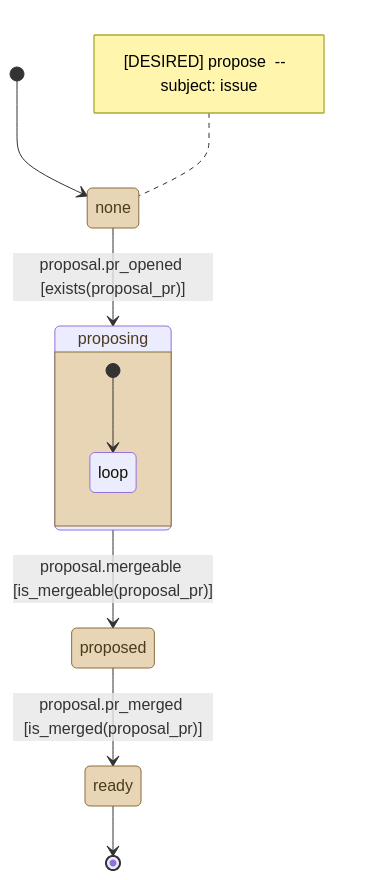
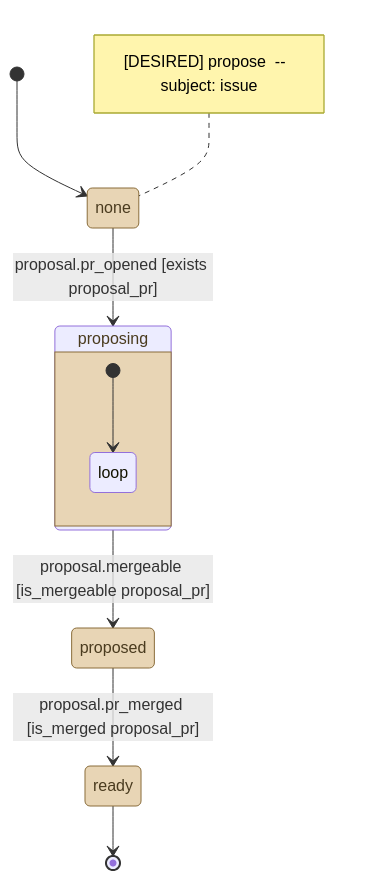
One commit to kostiantyn-matsebora/agent-ops-operator changed the diagram in .github/conveyor-model/mermaid/desired/propose.mmd. Above: the diagram before and after it, drawn with Mermaid. The commit also changed 2 other files, not shown here.

```diff
--- a/.github/conveyor-model/mermaid/desired/propose.mmd
+++ b/.github/conveyor-model/mermaid/desired/propose.mmd
@@ -1,20 +1,20 @@
 stateDiagram-v2
     [*] --> none
     note left of none
         [DESIRED] propose  --  subject: issue
     end note
     classDef stationState fill:#e8d5b5,stroke:#8a6d3b,color:#4a3b1f
     classDef loopState fill:#c9e4de,stroke:#2f6b5e,color:#1a3b33
     state none
     state proposing
     state proposed
     state ready
-    none --> proposing : proposal.pr_opened [exists(proposal_pr)]
-    proposing --> proposed : proposal.mergeable [is_mergeable(proposal_pr)]
-    proposed --> ready : proposal.pr_merged [is_merged(proposal_pr)]
+    none --> proposing : proposal.pr_opened [exists proposal_pr]
+    proposing --> proposed : proposal.mergeable [is_mergeable proposal_pr]
+    proposed --> ready : proposal.pr_merged [is_merged proposal_pr]
     ready --> [*]
     class none, proposing, proposed, ready stationState
     state proposing {
         [*] --> loop
         state "loop" as loop
     }
```
